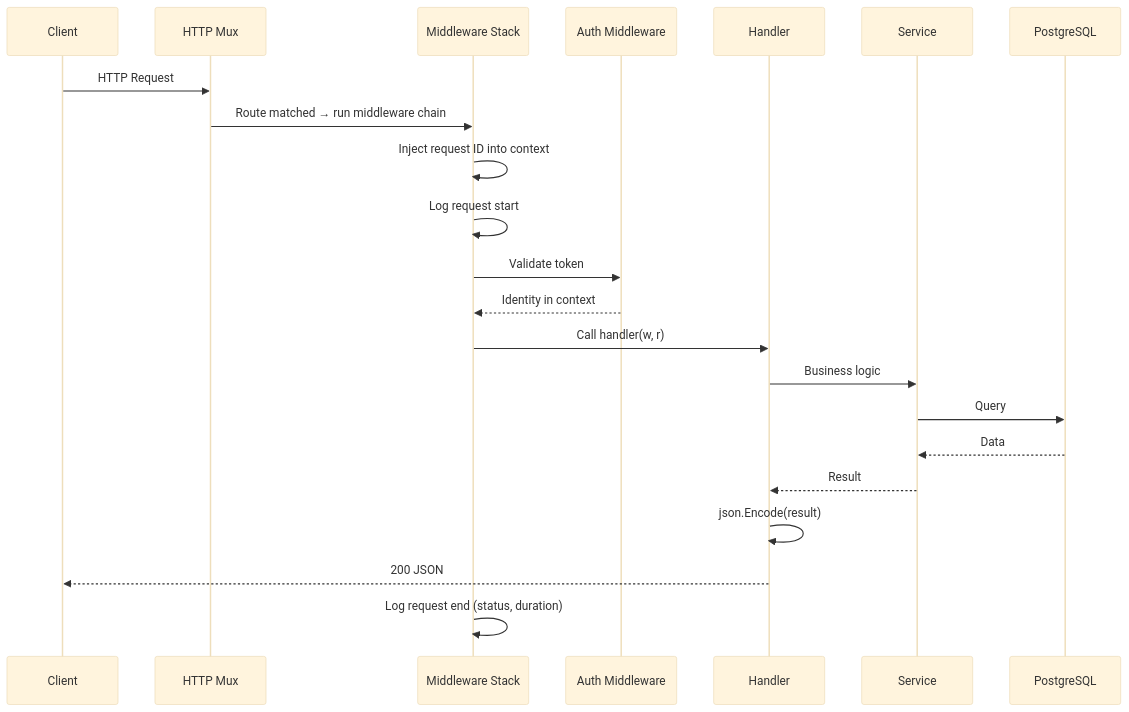
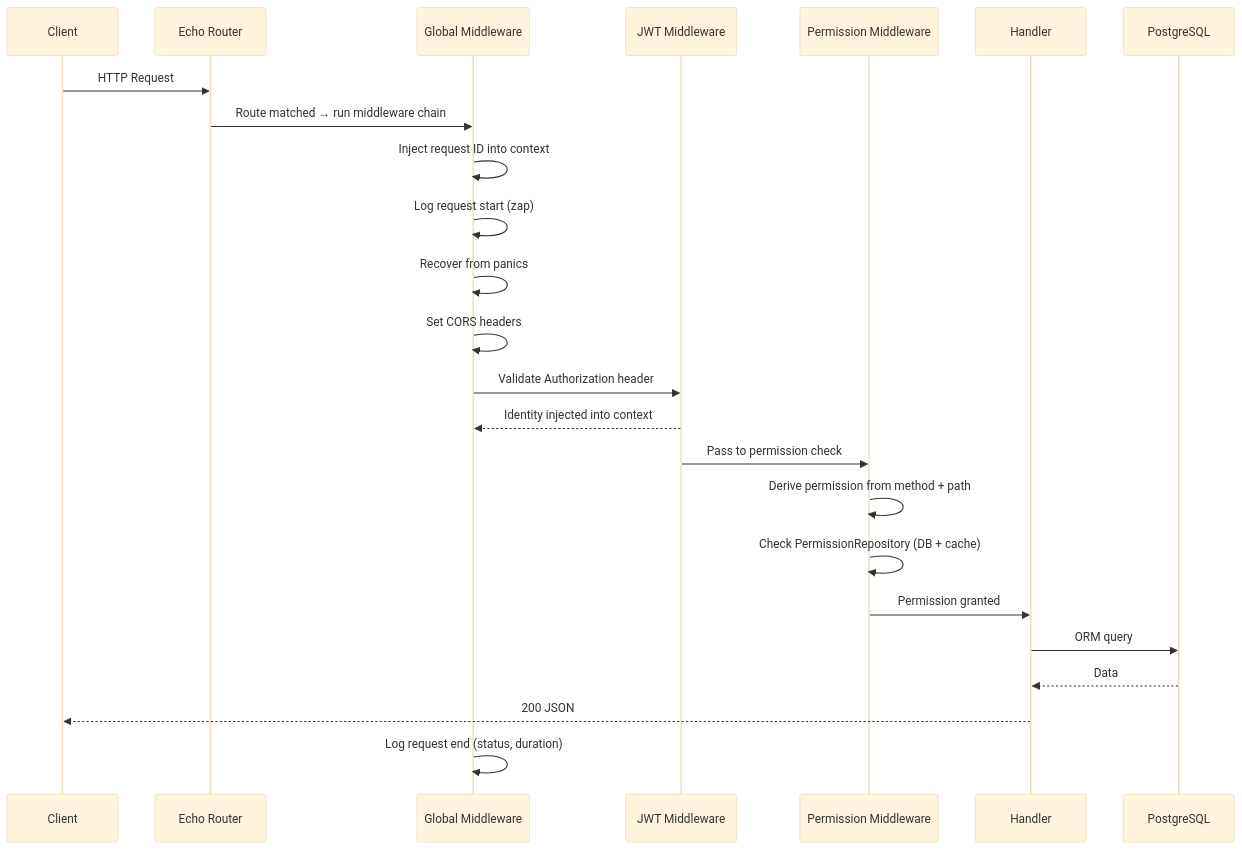
The second of 3 diagrams in docs/core/http-pipeline.md (noiia/EERP-Documentation-Wiki), drawn with Mermaid (base theme) before and after one commit. The commit also changed other lines of this file and 18 other files, not shown here.

````diff
--- a/docs/core/http-pipeline.md
+++ b/docs/core/http-pipeline.md
@@ -58,25 +62,27 @@
 ```mermaid
 sequenceDiagram
     participant Client
-    participant Mux as HTTP Mux
-    participant MW as Middleware Stack
-    participant Auth as Auth Middleware
+    participant Echo as Echo Router
+    participant MW as Global Middleware
+    participant JWT as JWT Middleware
+    participant Perm as Permission Middleware
     participant Handler
-    participant Service
     participant DB as PostgreSQL
 
-    Client->>Mux: HTTP Request
-    Mux->>MW: Route matched → run middleware chain
+    Client->>Echo: HTTP Request
+    Echo->>MW: Route matched → run middleware chain
     MW->>MW: Inject request ID into context
-    MW->>MW: Log request start
-    MW->>Auth: Validate token
-    Auth-->>MW: Identity in context
-    MW->>Handler: Call handler(w, r)
-    Handler->>Service: Business logic
-    Service->>DB: Query
-    DB-->>Service: Data
-    Service-->>Handler: Result
-    Handler->>Handler: json.Encode(result)
+    MW->>MW: Log request start (zap)
+    MW->>MW: Recover from panics
+    MW->>MW: Set CORS headers
+    MW->>JWT: Validate Authorization header
+    JWT-->>MW: Identity injected into context
+    JWT->>Perm: Pass to permission check
+    Perm->>Perm: Derive permission from method + path
+    Perm->>Perm: Check PermissionRepository (DB + cache)
+    Perm->>Handler: Permission granted
+    Handler->>DB: ORM query
+    DB-->>Handler: Data
     Handler-->>Client: 200 JSON
     MW->>MW: Log request end (status, duration)
 ```
````
